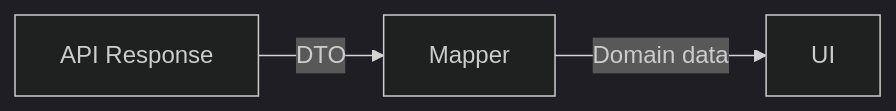
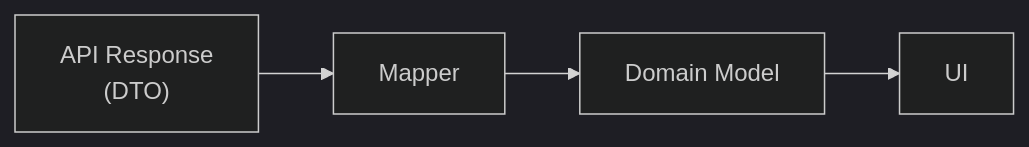
Before and after one commit to lairaalmas/reactlots-app: the second of 5 diagrams in app/docs/architecture.md, drawn with Mermaid (dark theme). The commit also changed other lines of this file and 6 other files, not shown here.

````diff
--- a/app/docs/architecture.md
+++ b/app/docs/architecture.md
@@ -73,8 +87,9 @@
   ```mermaid
   flowchart LR
-    API["API Response"]
+    API["API Response<br/>(DTO)"]
     Mapper["Mapper"]
+    Domain["Domain Model"]
     UI["UI"]
 
-    API -->|DTO| Mapper -->|Domain data| UI
+    API --> Mapper --> Domain --> UI
   ```
````
